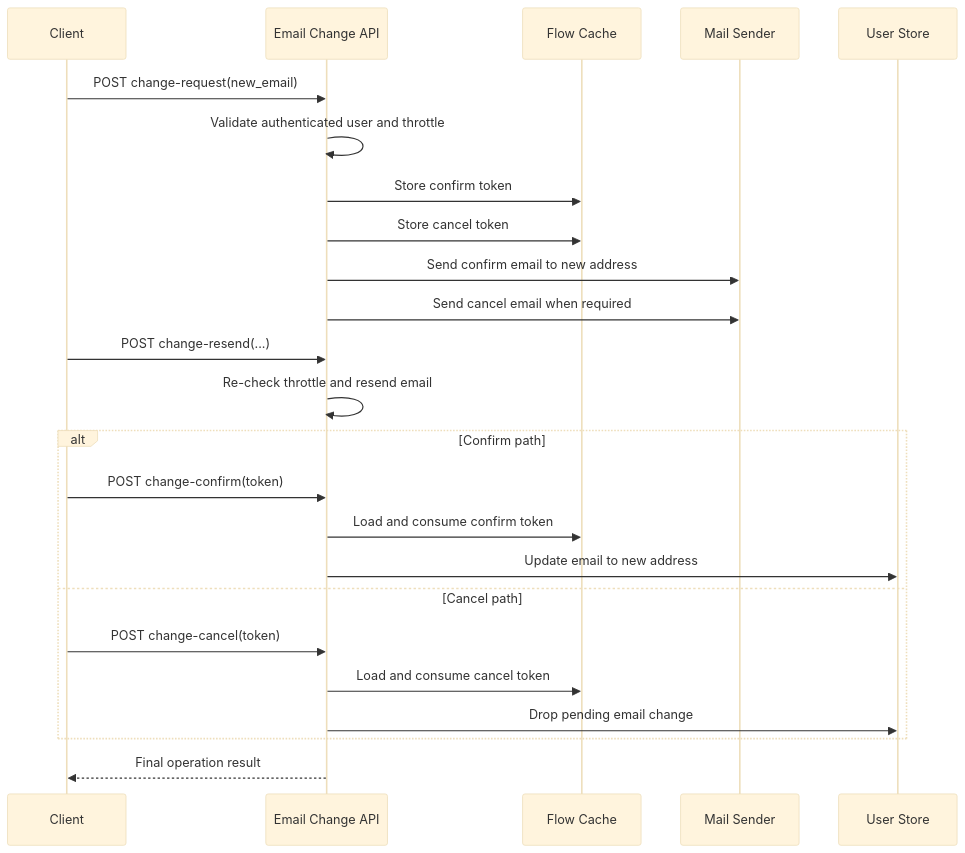
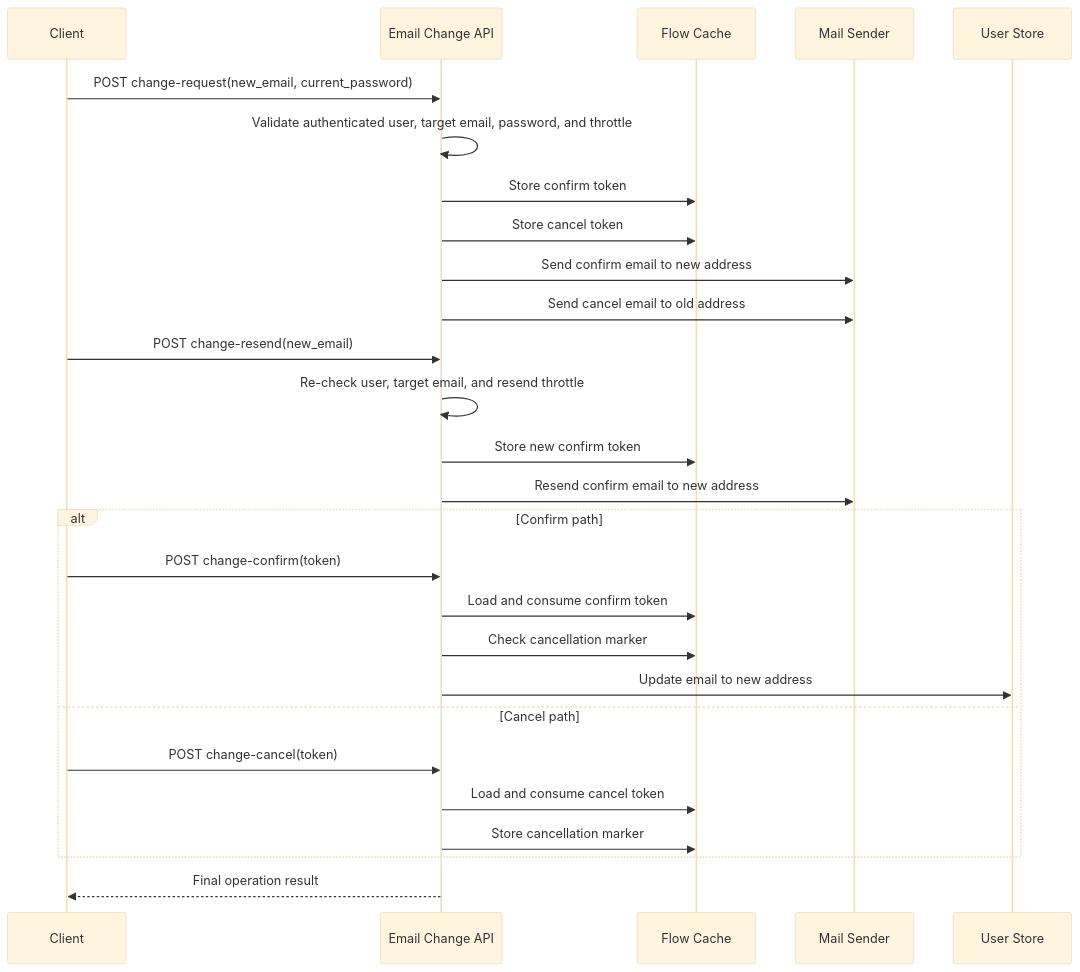
Before and after one commit to hydroan/gst: the fourth of 4 diagrams in module/iam/email_interfaces.md, drawn with Mermaid (base theme). The commit also changed other lines of this file, not shown here.

Commit message:
docs(module/iam): clarify email interface behavior

````diff
--- a/module/iam/email_interfaces.md
+++ b/module/iam/email_interfaces.md
@@ -118,27 +126,30 @@
 ```mermaid
 sequenceDiagram
     participant Client
     participant API as Email Change API
     participant Cache as Flow Cache
     participant Mail as Mail Sender
     participant User as User Store
 
-    Client->>API: POST change-request(new_email)
-    API->>API: Validate authenticated user and throttle
+    Client->>API: POST change-request(new_email, current_password)
+    API->>API: Validate authenticated user, target email, password, and throttle
     API->>Cache: Store confirm token
     API->>Cache: Store cancel token
     API->>Mail: Send confirm email to new address
-    API->>Mail: Send cancel email when required
-    Client->>API: POST change-resend(...)
-    API->>API: Re-check throttle and resend email
+    API->>Mail: Send cancel email to old address
+    Client->>API: POST change-resend(new_email)
+    API->>API: Re-check user, target email, and resend throttle
+    API->>Cache: Store new confirm token
+    API->>Mail: Resend confirm email to new address
     alt Confirm path
         Client->>API: POST change-confirm(token)
         API->>Cache: Load and consume confirm token
+        API->>Cache: Check cancellation marker
         API->>User: Update email to new address
     else Cancel path
         Client->>API: POST change-cancel(token)
         API->>Cache: Load and consume cancel token
-        API->>User: Drop pending email change
+        API->>Cache: Store cancellation marker
     end
     API-->>Client: Final operation result
 ```
````
